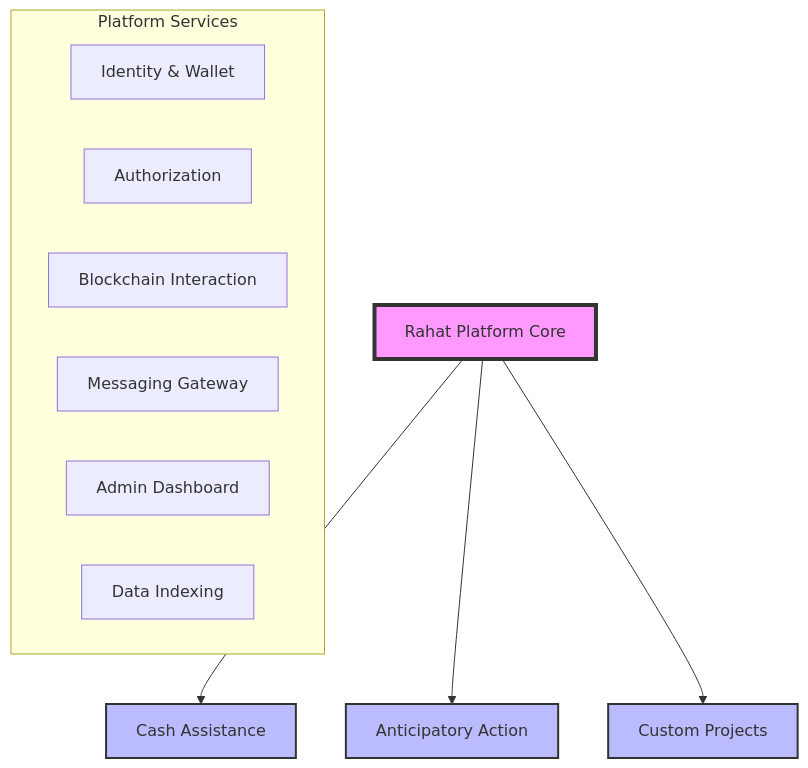
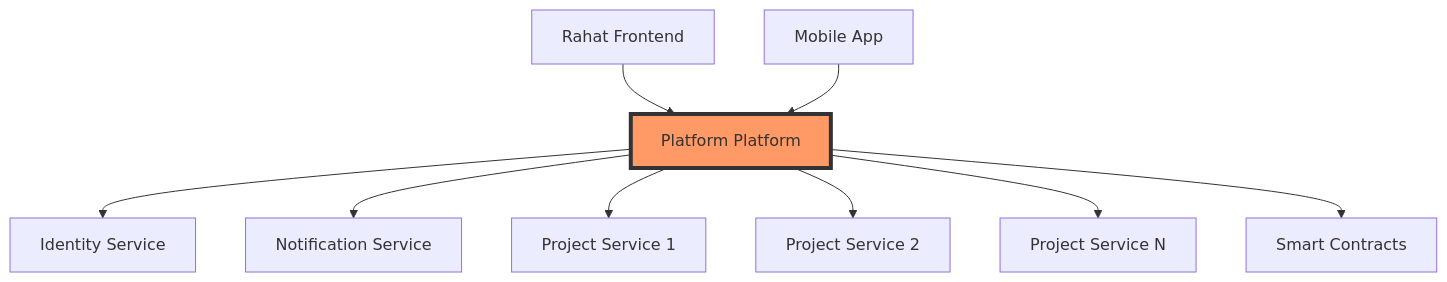
Before and after one commit to rahataid/rahat-documentation: the diagram in dev-docs/Introduction/02.Architecture-Overview.md, drawn with Mermaid. The commit also changed other lines of this file and 9 other files, not shown here.

````diff
--- a/dev-docs/Introduction/02.Architecture-Overview.md
+++ b/dev-docs/Introduction/02.Architecture-Overview.md
@@ -48,20 +52,13 @@
 ```mermaid
 graph TD
-    A[Rahat Platform Core] --> B[Cash Assistance]
-    A --> C[Anticipatory Action]
-    A --> D[Custom Projects]
+    A[Rahat Frontend] --> B[Platform Platform]
+    M[Mobile App] --> B
+    B --> C[Identity Service]
+    B --> D[Notification Service]
+    B --> E[Project Service 1]
+    B --> F[Project Service 2]
+    B --> G[Project Service N]
+    B --> H[Smart Contracts]
     
-    subgraph Platform Services
-    E[Identity & Wallet]
-    F[Authorization]
-    G[Blockchain Interaction]
-    H[Messaging Gateway]
-    I[Admin Dashboard]
-    J[Data Indexing]
-    end
-
-    style A fill:#f9f,stroke:#333,stroke-width:4px
-    style B fill:#bbf,stroke:#333,stroke-width:2px
-    style C fill:#bbf,stroke:#333,stroke-width:2px
-    style D fill:#bbf,stroke:#333,stroke-width:2px
+    style B fill:#f96,stroke:#333,stroke-width:4px
 ```
````
